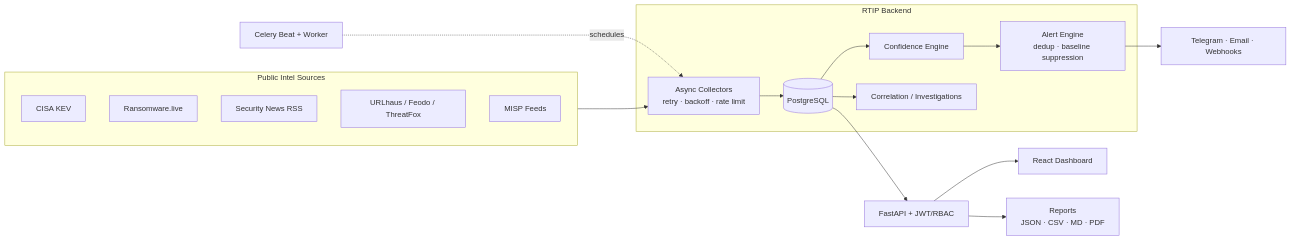
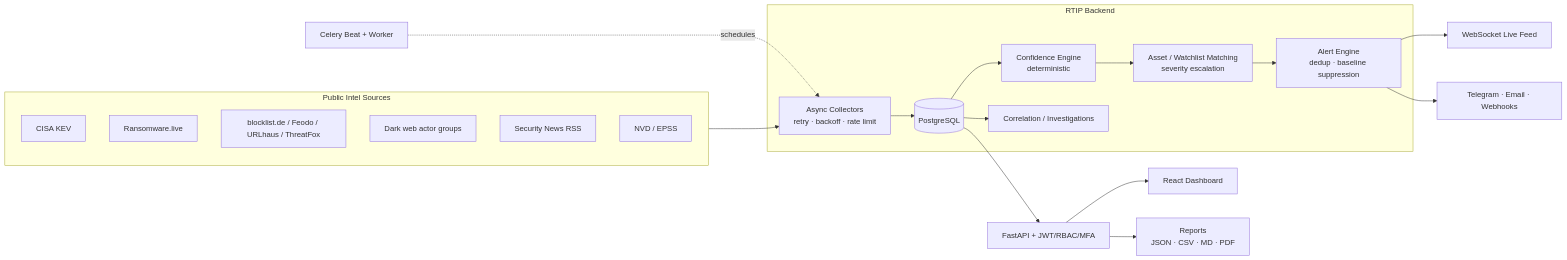
One commit to mr-0rbit/rynex-threat-intelligence changed the diagram in README.md. Above: the diagram before and after it, drawn with Mermaid. The commit also changed other lines of this file, not shown here.

First line of the commit message:
docs: README updated to live project state - emojis removed, icon badges added

````diff
--- a/README.md
+++ b/README.md
@@ -85,31 +131,35 @@
 ```mermaid
 flowchart LR
     subgraph Sources["Public Intel Sources"]
         A[CISA KEV]
         B[Ransomware.live]
-        C[Security News RSS]
-        D[URLhaus / Feodo / ThreatFox]
-        E[MISP Feeds]
+        C[blocklist.de / Feodo / URLhaus / ThreatFox]
+        D[Dark web actor groups]
+        E[Security News RSS]
+        F[NVD / EPSS]
     end
 
     subgraph Core["RTIP Backend"]
-        F[Async Collectors<br/>retry · backoff · rate limit]
-        G[(PostgreSQL)]
-        H[Confidence Engine]
-        I[Alert Engine<br/>dedup · baseline suppression]
-        J[Correlation / Investigations]
+        G[Async Collectors<br/>retry · backoff · rate limit]
+        H[(PostgreSQL)]
+        I[Confidence Engine<br/>deterministic]
+        J[Asset / Watchlist Matching<br/>severity escalation]
+        K[Alert Engine<br/>dedup · baseline suppression]
+        L[Correlation / Investigations]
     end
 
-    K[Celery Beat + Worker]
-    L[FastAPI + JWT/RBAC]
-    M[React Dashboard]
-    N[Telegram · Email · Webhooks]
-    O[Reports<br/>JSON · CSV · MD · PDF]
+    M[Celery Beat + Worker]
+    N[FastAPI + JWT/RBAC/MFA]
+    O[React Dashboard]
+    P[WebSocket Live Feed]
+    Q[Telegram · Email · Webhooks]
+    R[Reports<br/>JSON · CSV · MD · PDF]
 
-    Sources --> F --> G
-    K -. schedules .-> F
-    G --> H --> I --> N
-    G --> J
-    G --> L --> M
-    L --> O
+    Sources --> G --> H
+    M -. schedules .-> G
+    H --> I --> J --> K --> P
+    K --> Q
+    H --> L
+    H --> N --> O
+    N --> R
 ```
````
